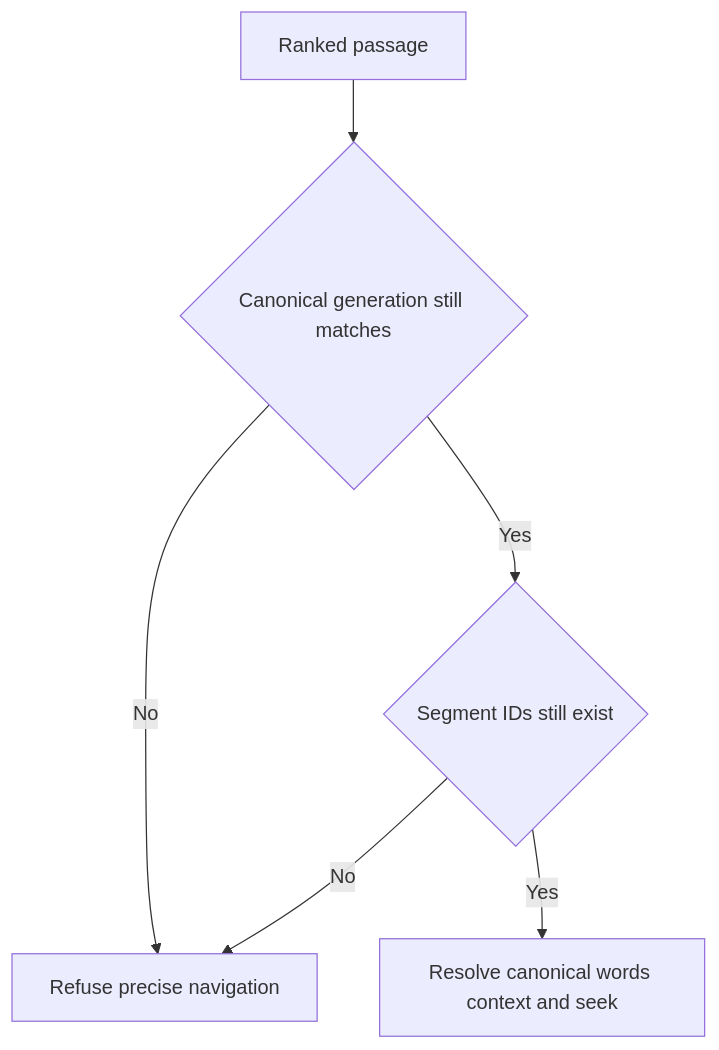
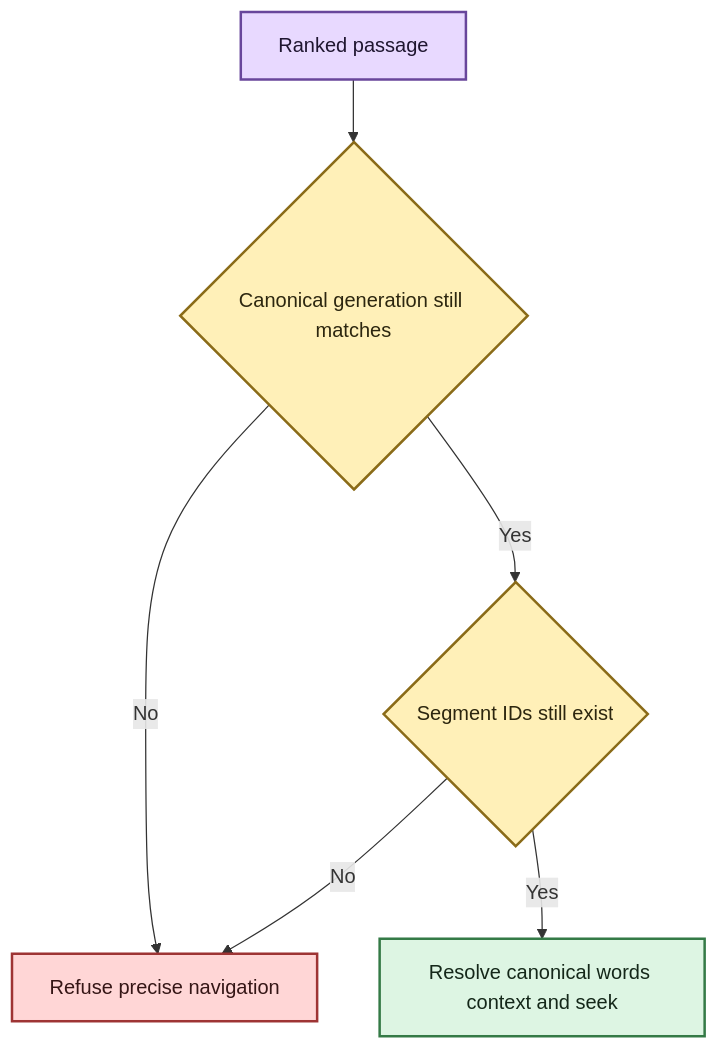
The second of 2 diagrams in docs/architecture/corpus-search.md (SSD1805/EchoFlow), drawn with Mermaid before and after one commit. The commit also changed other lines of this file and 29 other files, not shown here.

Commit message:
docs: restore Mermaid styling and refresh current product truth

````diff
--- a/docs/architecture/corpus-search.md
+++ b/docs/architecture/corpus-search.md
@@ -100,8 +116,18 @@
 ```mermaid
-graph TD;
+flowchart TD
     A[Ranked passage] --> B{Canonical generation still matches}
     B -->|No| C[Refuse precise navigation]
     B -->|Yes| D{Segment IDs still exist}
     D -->|No| C
     D -->|Yes| E[Resolve canonical words context and seek]
+
+    classDef process fill:#E8D9FF,stroke:#68469B,stroke-width:2px,color:#1F1630
+    classDef evidence fill:#FFF0B8,stroke:#8A6B18,stroke-width:2px,color:#2C260F
+    classDef stop fill:#FFD6D6,stroke:#9E3434,stroke-width:2px,color:#351616
+    classDef view fill:#DDF5E3,stroke:#347A46,stroke-width:2px,color:#142719
+
+    class A process
+    class B,D evidence
+    class C stop
+    class E view
 ```
````
